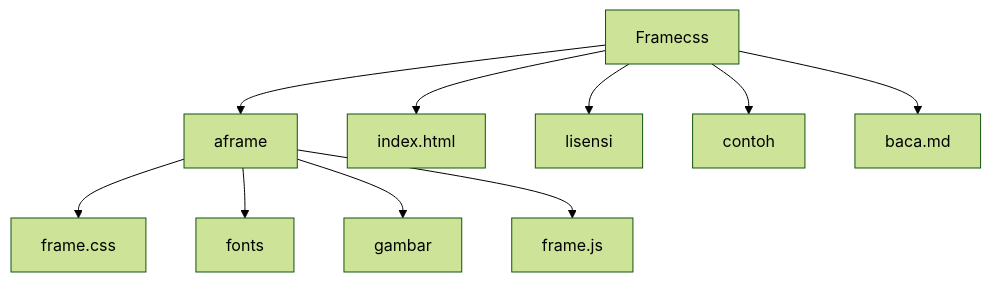
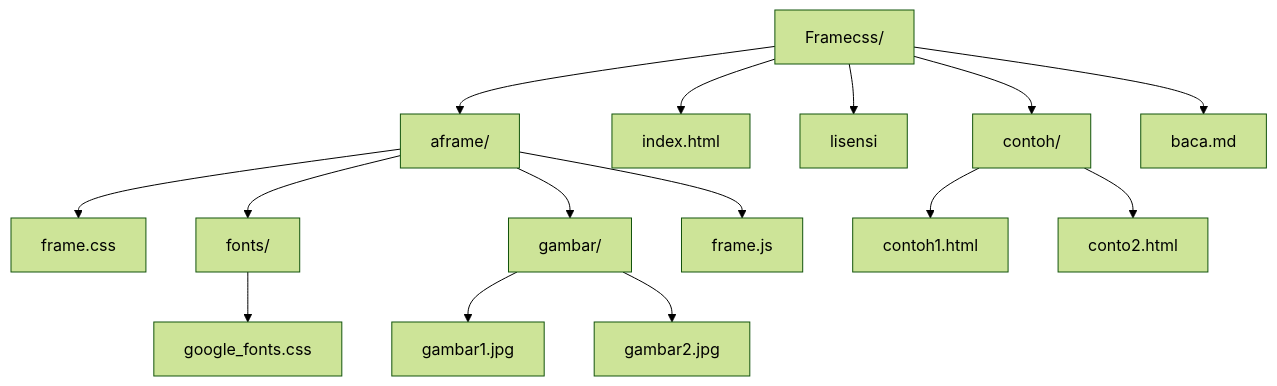
Before and after one commit to nelsenpro/frame: the diagram in README.md, drawn with Mermaid (forest theme).

````diff
--- a/README.md
+++ b/README.md
@@ -8,12 +8,17 @@
 ```mermaid
 graph TD;
-    Framecss-->aframe;
-    aframe-->frame.css;
-    Framecss-->index.html;
-    Framecss-->lisensi;
-    aframe-->fonts;
-    aframe-->gambar;
-    Framecss-->contoh;
-    Framecss-->baca.md;
-    aframe-->frame.js
+    Framecss/-->aframe/;
+    aframe/-->frame.css;
+    Framecss/-->index.html;
+    Framecss/-->lisensi;
+    aframe/-->fonts/;
+    fonts/-->google_fonts.css;
+    aframe/-->gambar/;
+    gambar/-->gambar1.jpg;
+    gambar/-->gambar2.jpg;
+    Framecss/-->contoh/;
+    contoh/-->contoh1.html;
+    contoh/-->conto2.html;
+    Framecss/-->baca.md;
+    aframe/-->frame.js
 ```
````
